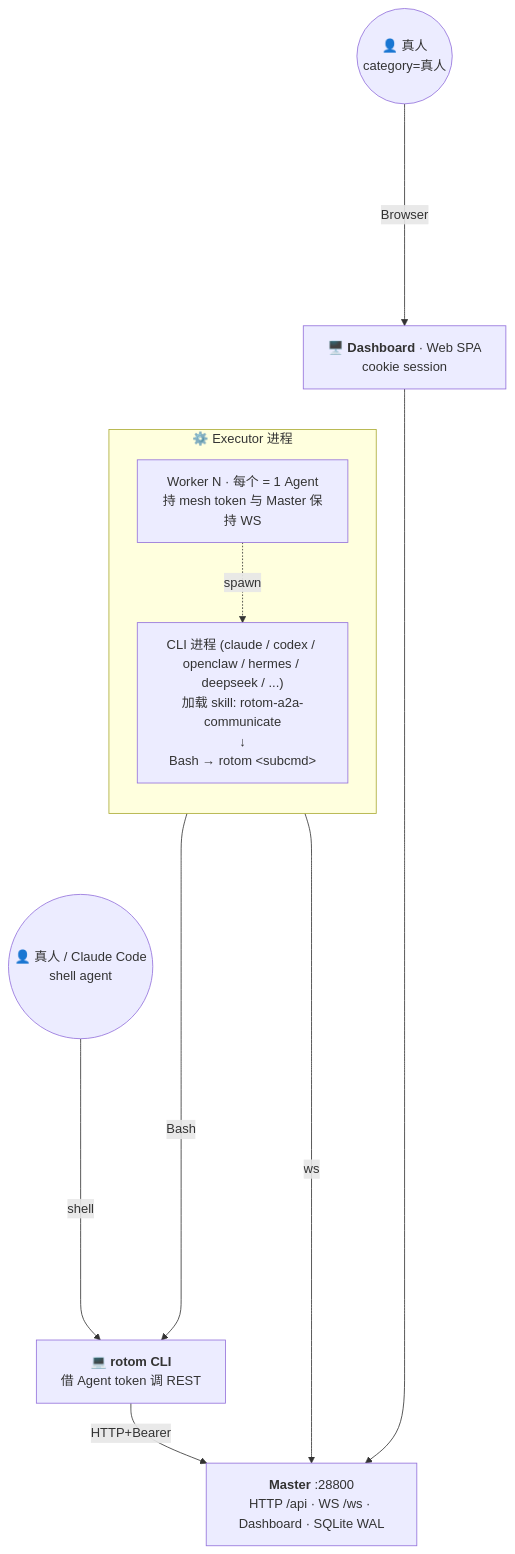
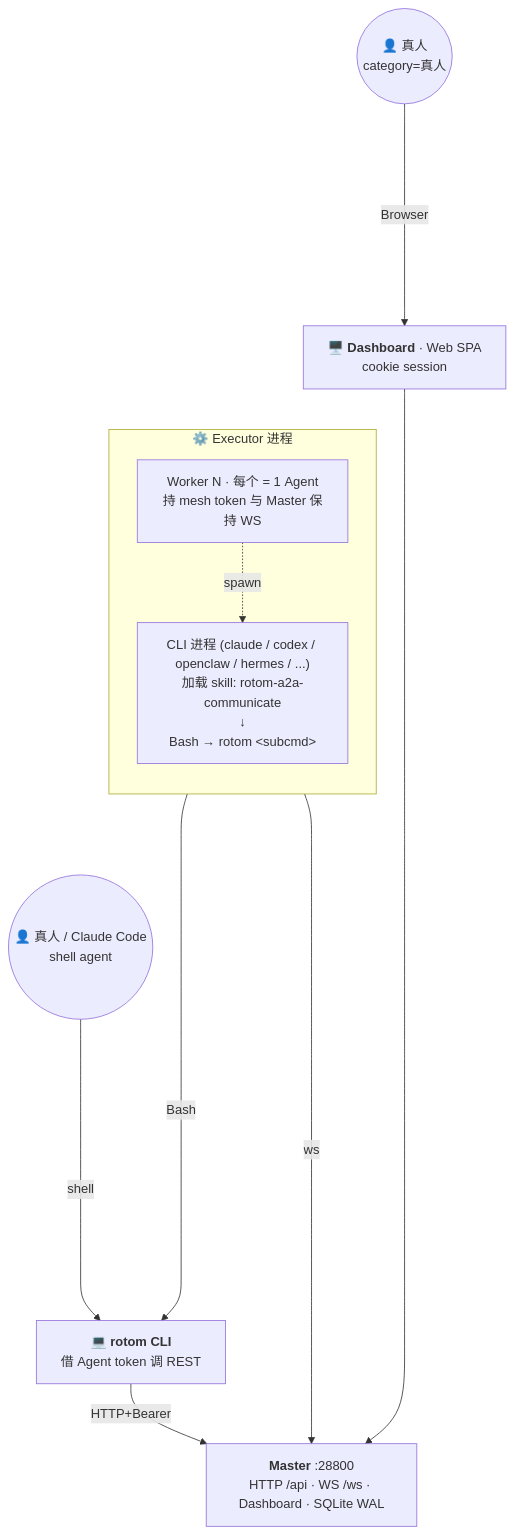
Before and after one commit to konglx90/rotom: the diagram in README.md, drawn with Mermaid. The commit also changed other lines of this file and 8 other files, not shown here.

````diff
--- a/README.md
+++ b/README.md
@@ -7,23 +7,23 @@
 ```mermaid
 flowchart TB
     M["<b>Master</b> :28800<br/>HTTP /api · WS /ws · Dashboard · SQLite WAL"]
 
     subgraph EX["⚙️  Executor 进程"]
         direction TB
         W["Worker N · 每个 = 1 Agent<br/>持 mesh token 与 Master 保持 WS"]
-        A["CLI 进程 (claude / codex / openclaw / hermes / deepseek / ...)<br/>加载 skill: rotom-a2a-communicate<br/>↓<br/>Bash → rotom &lt;subcmd&gt;"]
+        A["CLI 进程 (claude / codex / openclaw / hermes / ...)<br/>加载 skill: rotom-a2a-communicate<br/>↓<br/>Bash → rotom &lt;subcmd&gt;"]
         W -. spawn .-> A
     end
 
     R["💻 <b>rotom CLI</b><br/>借 Agent token 调 REST"]
     D["🖥️ <b>Dashboard</b> · Web SPA<br/>cookie session"]
     H1(("👤 真人<br/>category=真人"))
     H2(("👤 真人 / Claude Code<br/>shell agent"))
 
     W  -- ws ----------> M
     A  -- Bash --------> R
     H2 -- shell -------> R
     R  -- HTTP+Bearer --> M
     H1 -- Browser ------> D
     D  ----------------> M
 ```
````
